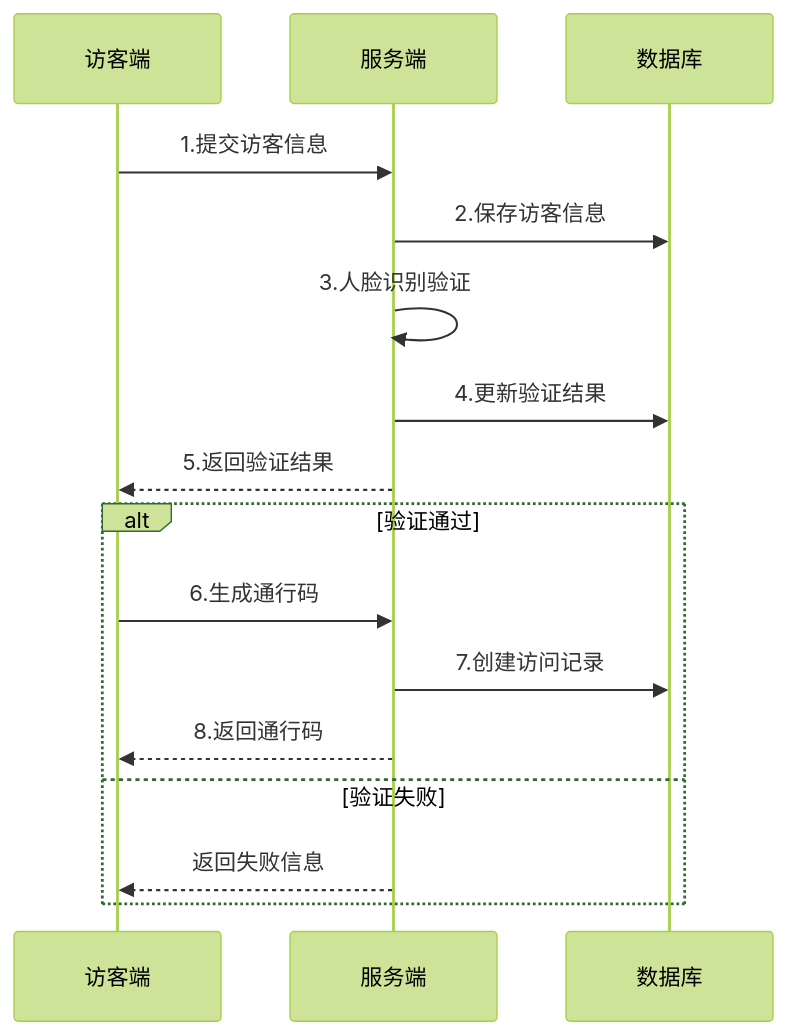
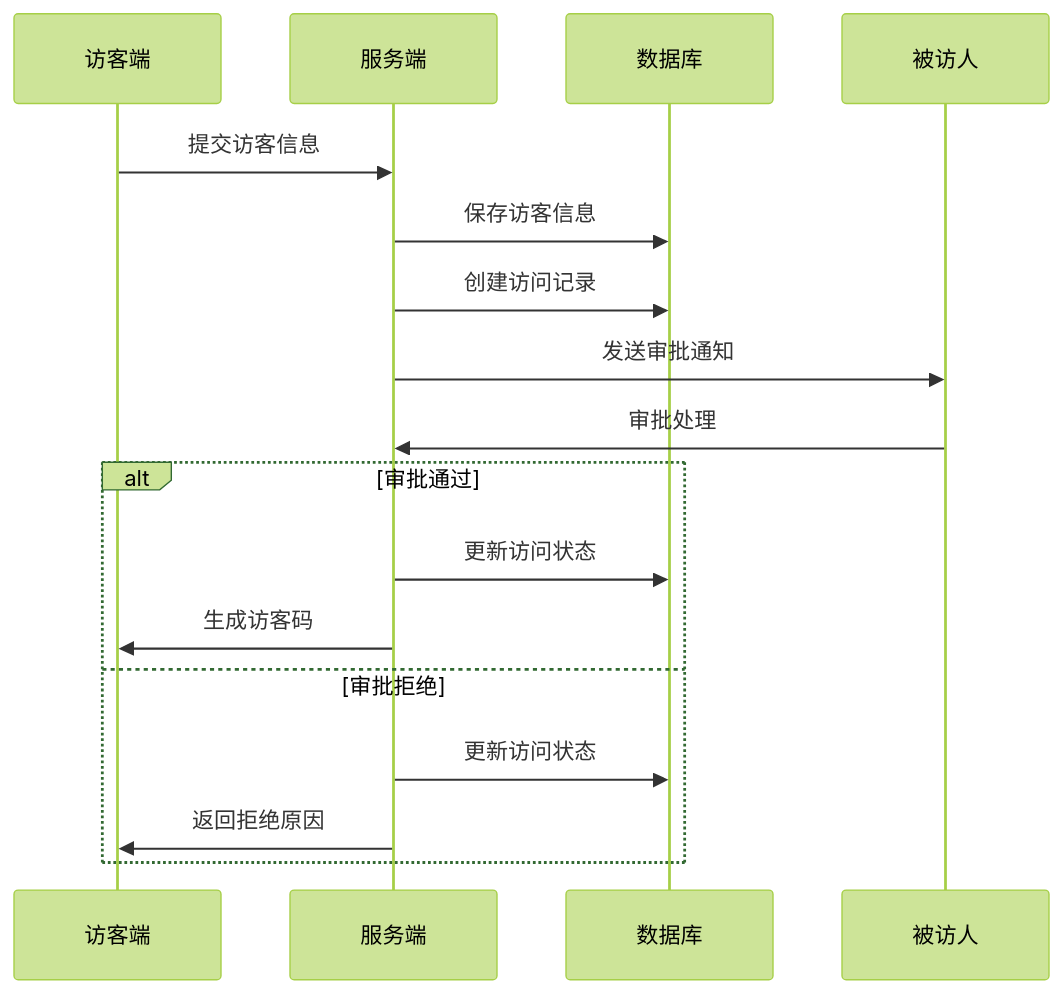
The second of 2 diagrams in devel/outlinedesign.md (yuhaibao39/n8ndeploy), drawn with Mermaid (forest theme) before and after one commit. The commit also changed other lines of this file, not shown here.

````diff
--- a/devel/outlinedesign.md
+++ b/devel/outlinedesign.md
@@ -84,20 +88,20 @@
 ```mermaid
 sequenceDiagram
     participant V as 访客端
     participant S as 服务端
-    participant DB as 数据库
+    participant D as 数据库
+    participant E as 被访人
     
-    V->>S: 1.提交访客信息
-    S->>DB: 2.保存访客信息
-    S->>S: 3.人脸识别验证
-    S->>DB: 4.更新验证结果
-    S-->>V: 5.返回验证结果
-    
-    alt 验证通过
-        V->>S: 6.生成通行码
-        S->>DB: 7.创建访问记录
-        S-->>V: 8.返回通行码
-    else 验证失败
-        S-->>V: 返回失败信息
+    V->>S: 提交访客信息
+    S->>D: 保存访客信息
+    S->>D: 创建访问记录
+    S->>E: 发送审批通知
+    E->>S: 审批处理
+    alt 审批通过
+        S->>D: 更新访问状态
+        S->>V: 生成访客码
+    else 审批拒绝
+        S->>D: 更新访问状态
+        S->>V: 返回拒绝原因
     end
 ```
````
